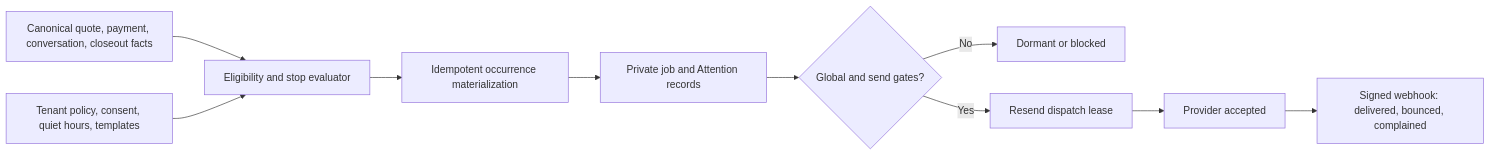
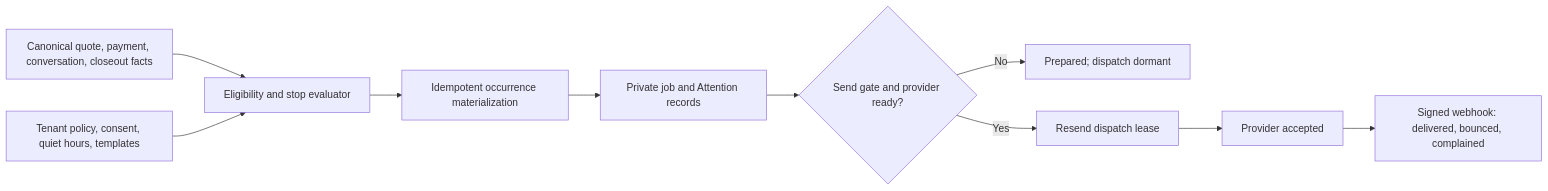
Before and after one commit to TOTALLYMAJOR/QuotePilot: the diagram in docs/REVENUE_AUTOPILOT_ADR.md, drawn with Mermaid. The commit also changed other lines of this file and 77 other files, not shown here.

````diff
--- a/docs/REVENUE_AUTOPILOT_ADR.md
+++ b/docs/REVENUE_AUTOPILOT_ADR.md
@@ -27,12 +27,12 @@
 ```mermaid
 flowchart LR
   F[Canonical quote, payment, conversation, closeout facts] --> E[Eligibility and stop evaluator]
   P[Tenant policy, consent, quiet hours, templates] --> E
   E --> M[Idempotent occurrence materialization]
   M --> Q[Private job and Attention records]
-  Q --> D{Global and send gates?}
-  D -->|No| X[Dormant or blocked]
+  Q --> D{Send gate and provider ready?}
+  D -->|No| X[Prepared; dispatch dormant]
   D -->|Yes| R[Resend dispatch lease]
   R --> A[Provider accepted]
   A --> W[Signed webhook: delivered, bounced, complained]
 ```
````
